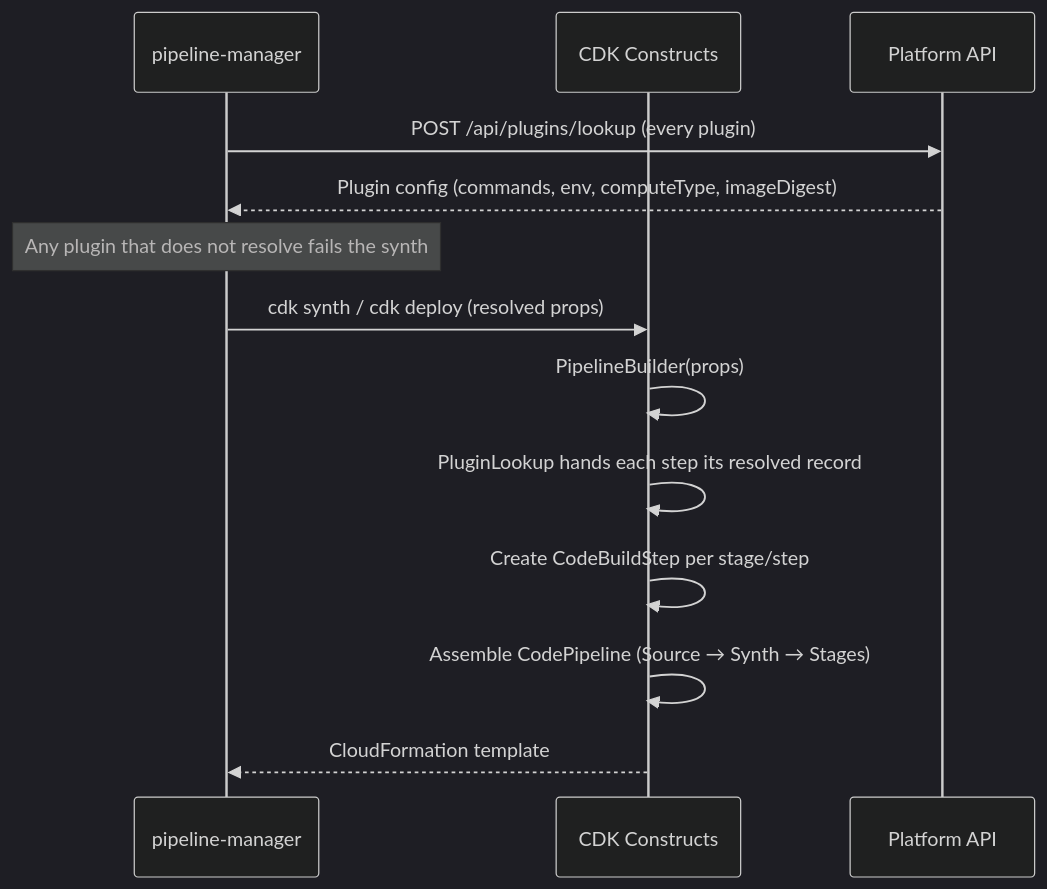
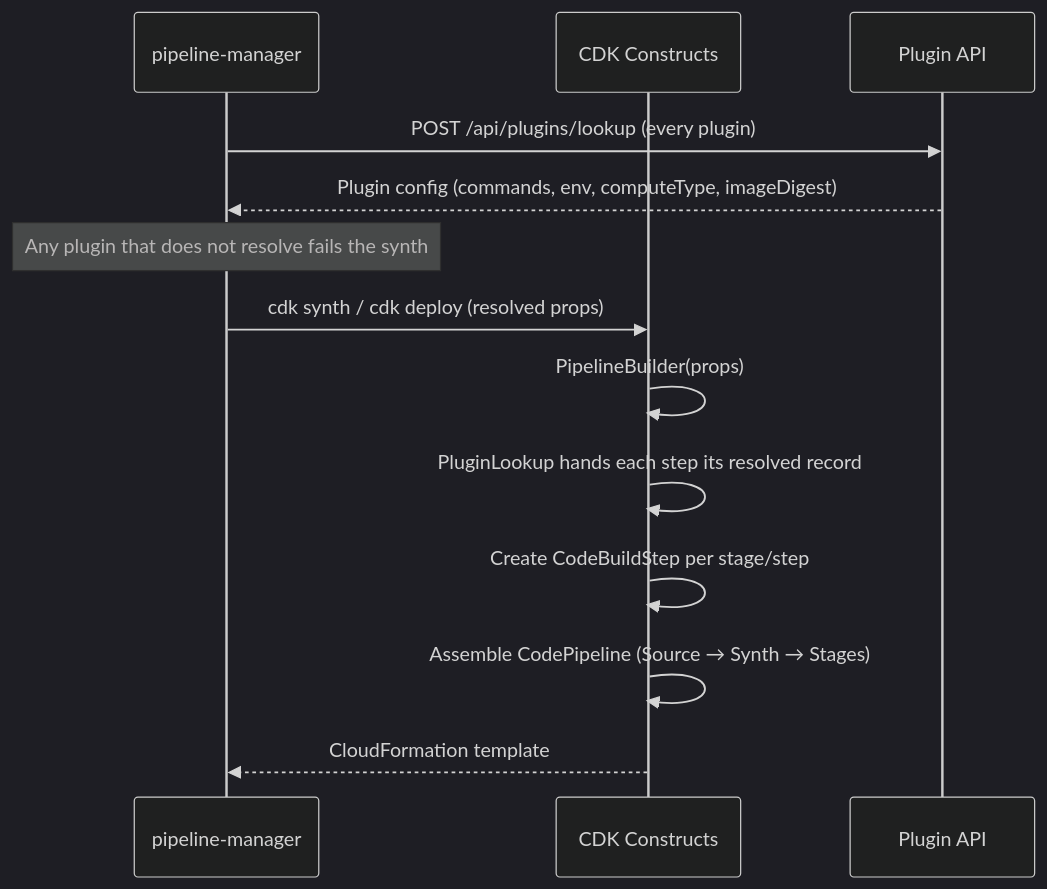
Before and after one commit to mwashburn160/pipeline-builder: the seventh of 11 diagrams in docs/architecture-flow.md, drawn with Mermaid (dark theme). The commit also changed other lines of this file and 298 other files, not shown here.

````diff
--- a/docs/architecture-flow.md
+++ b/docs/architecture-flow.md
@@ -299,17 +308,17 @@
 ```mermaid
 sequenceDiagram
     participant CLI as pipeline-manager
     participant CDK as CDK Constructs
-    participant API as Platform API
+    participant API as Plugin API
 
     CLI->>API: POST /api/plugins/lookup (every plugin)
     API-->>CLI: Plugin config (commands, env, computeType, imageDigest)
     Note over CLI: Any plugin that does not resolve fails the synth
     CLI->>CDK: cdk synth / cdk deploy (resolved props)
     CDK->>CDK: PipelineBuilder(props)
     CDK->>CDK: PluginLookup hands each step its resolved record
 
     CDK->>CDK: Create CodeBuildStep per stage/step
     CDK->>CDK: Assemble CodePipeline (Source → Synth → Stages)
     CDK-->>CLI: CloudFormation template
 ```
````
